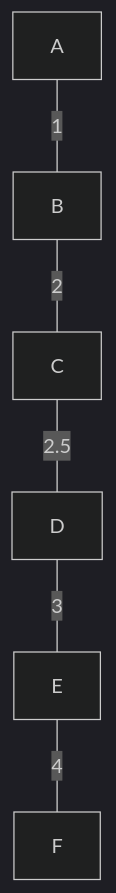
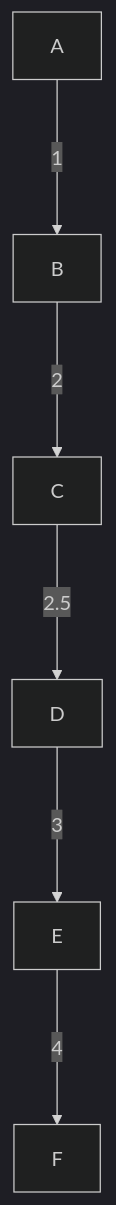
One commit to jpmmcneill/dbt-graph-theory changed the sixth of 13 diagrams in README.md. Above: the diagram before and after it, drawn with Mermaid (dark theme). The commit also changed other lines of this file, not shown here.

Commit message:
make ordered graphs obviously ordered

````diff
--- a/README.md
+++ b/README.md
@@ -319,8 +319,8 @@
 ```mermaid
 flowchart
-  A---|1|B
-  B---|2|C
-  C---|2.5|D
-  D---|3|E
-  E---|4|F
+  A--->|1|B
+  B--->|2|C
+  C--->|2.5|D
+  D--->|3|E
+  E--->|4|F
 ```
````
